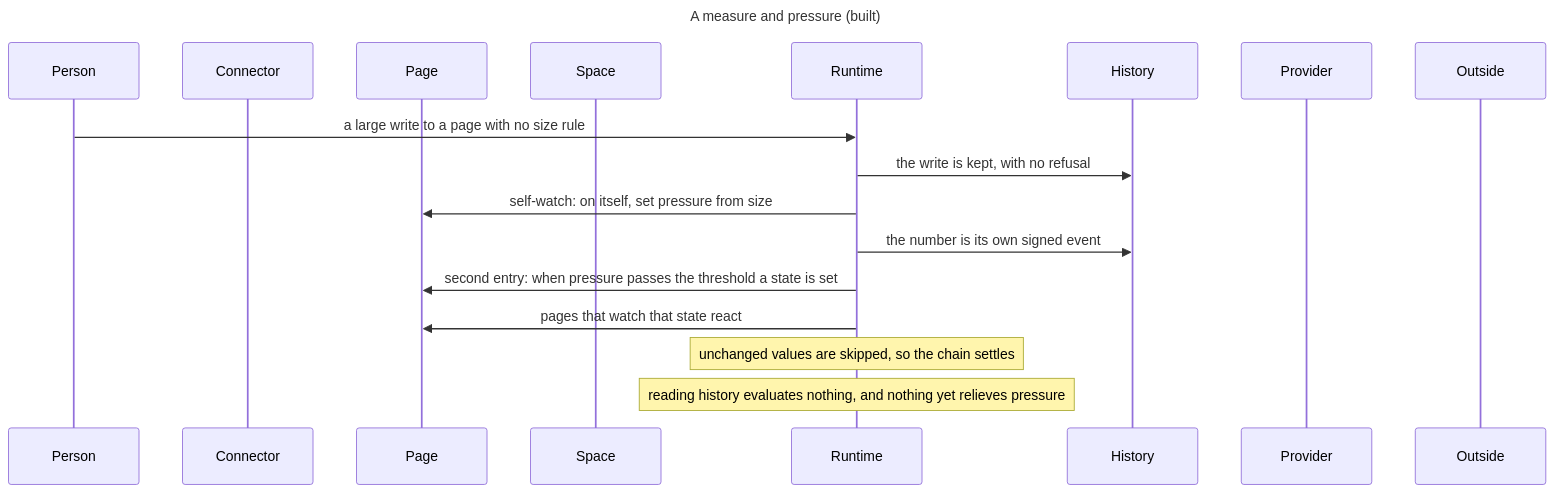
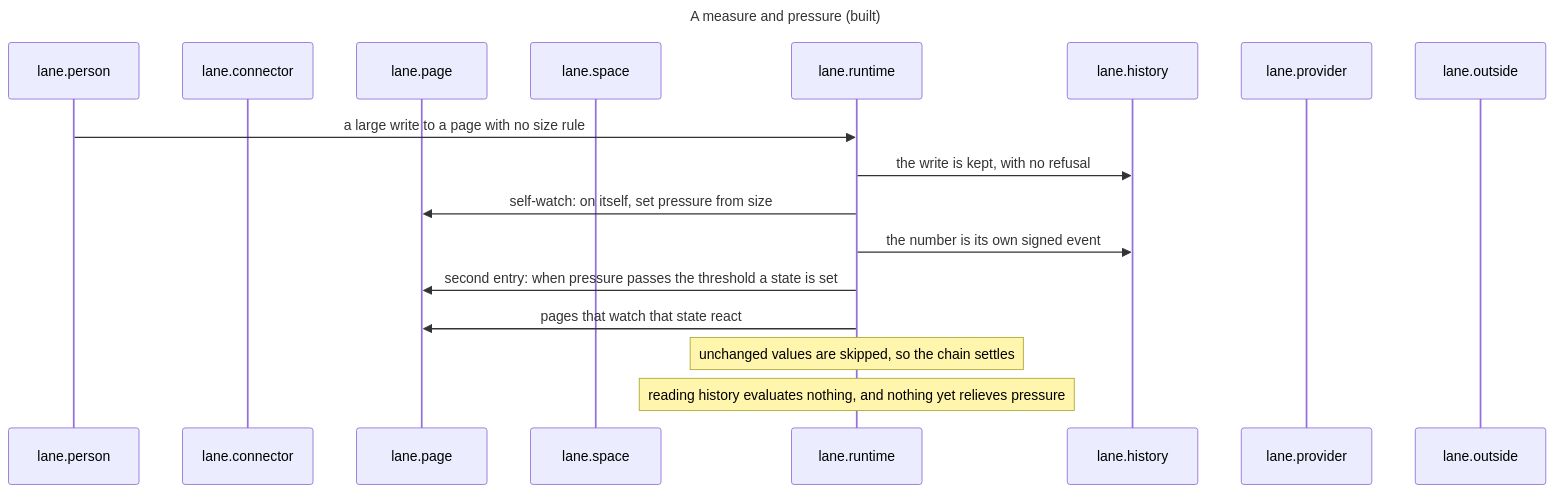
One commit to drksci/conky changed the fifth of 29 diagrams in docs/reference/architecture.md. Above: the diagram before and after it, drawn with Mermaid. The commit also changed other lines of this file and 84 other files, not shown here.

First line of the commit message:
refactor: give every part of the architecture a dotted name

````diff
--- a/docs/reference/architecture.md
+++ b/docs/reference/architecture.md
@@ -366,22 +376,22 @@
 ```mermaid
 ---
 title: A measure and pressure (built)
 ---
 sequenceDiagram
-    participant Person
-    participant Connector
-    participant Page
-    participant Space
-    participant Runtime
-    participant History
-    participant Provider
-    participant Outside
-    Person->>Runtime: a large write to a page with no size rule
-    Runtime->>History: the write is kept, with no refusal
-    Runtime->>Page: self-watch: on itself, set pressure from size
-    Runtime->>History: the number is its own signed event
-    Runtime->>Page: second entry: when pressure passes the threshold a state is set
-    Runtime->>Page: pages that watch that state react
-    Note over Runtime: unchanged values are skipped, so the chain settles
-    Note over Runtime: reading history evaluates nothing, and nothing yet relieves pressure
+    participant lane.person
+    participant lane.connector
+    participant lane.page
+    participant lane.space
+    participant lane.runtime
+    participant lane.history
+    participant lane.provider
+    participant lane.outside
+    lane.person->>lane.runtime: a large write to a page with no size rule
+    lane.runtime->>lane.history: the write is kept, with no refusal
+    lane.runtime->>lane.page: self-watch: on itself, set pressure from size
+    lane.runtime->>lane.history: the number is its own signed event
+    lane.runtime->>lane.page: second entry: when pressure passes the threshold a state is set
+    lane.runtime->>lane.page: pages that watch that state react
+    Note over lane.runtime: unchanged values are skipped, so the chain settles
+    Note over lane.runtime: reading history evaluates nothing, and nothing yet relieves pressure
 ```
````
